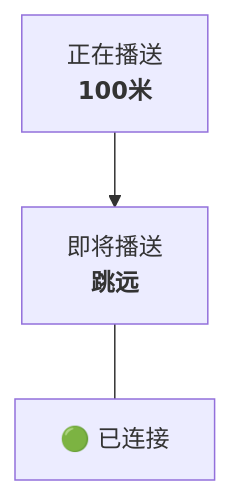
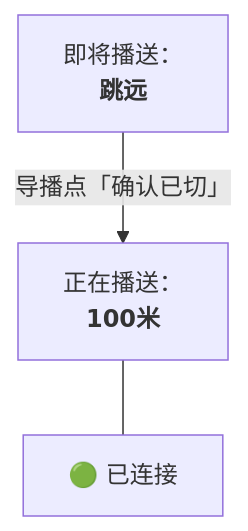
One commit to Smart-MZCMC/docs changed the third of 4 diagrams in operation-manual.md. Above: the diagram before and after it, drawn with Mermaid. The commit also changed other lines of this file and 3 other files, not shown here.

````diff
--- a/operation-manual.md
+++ b/operation-manual.md
@@ -322,9 +510,9 @@
 ```mermaid
 flowchart TB
-    Current[正在播送<br/><strong>100米</strong>]
-    Next[即将播送<br/><strong>跳远</strong>]
+    Pending["即将播送：<br/><strong>跳远</strong>"]
+    OnAir["正在播送：<br/><strong>100米</strong>"]
     Connection[🟢 已连接]
 
-    Current --> Next
-    Next --- Connection
+    Pending -->|导播点「确认已切」| OnAir
+    OnAir --- Connection
 ```
````
